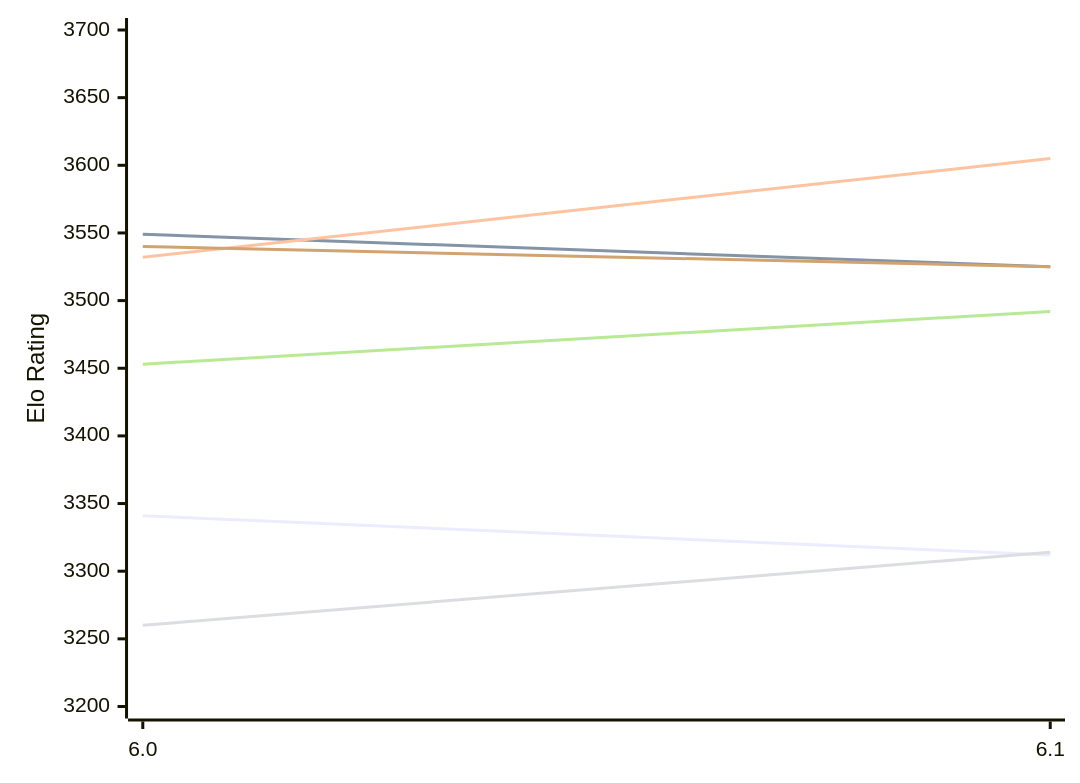
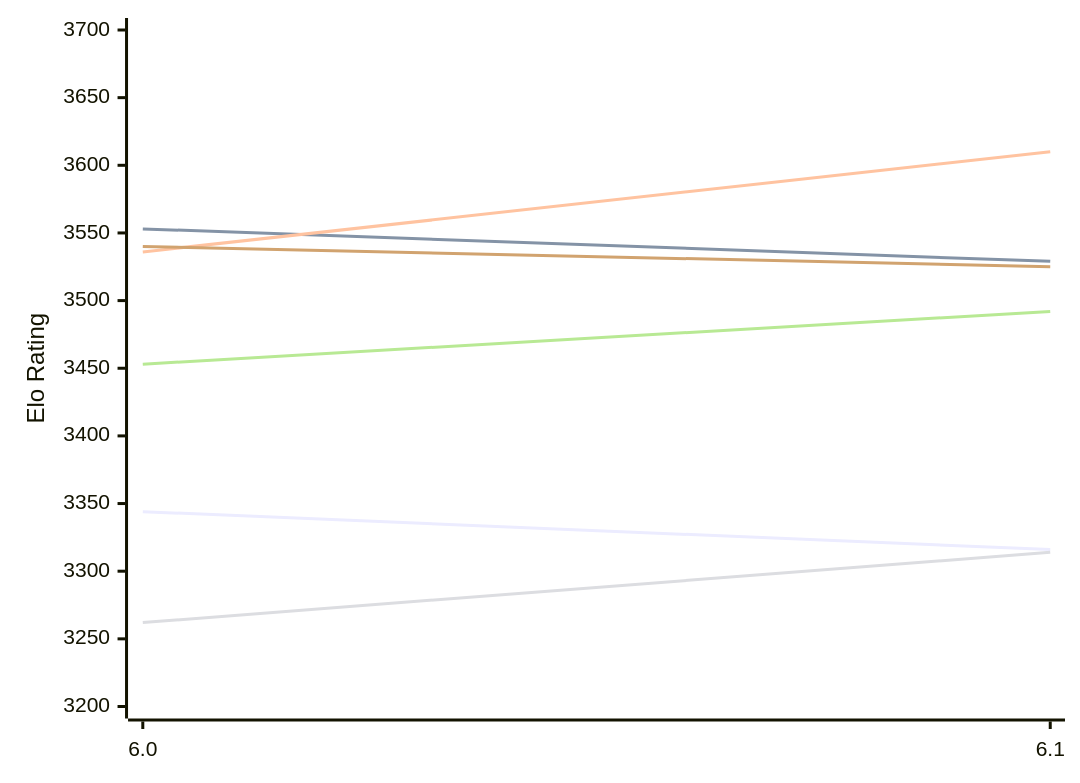
The first of 2 diagrams in engines/Starzix.md (computer-chess-index/cci), drawn with Mermaid before and after one commit. The commit also changed other lines of this file, not shown here.

Commit message:
Update CCI Ratings (ELO VLTC) - 2026-11-22

````diff
--- a/engines/Starzix.md
+++ b/engines/Starzix.md
@@ -51,12 +51,12 @@
 ```mermaid
 %%{init: {"theme":"base","themeVariables":{"seriesColors:['#a3a3a3','#222221','#faa371']}}}%%
 xychart-beta
   x-axis ["6.0", "6.1"]
   y-axis "Elo Rating" 3200 --> 3700
-  line "E1: STC (8.0+0.08s)" [3341, 3312]
-  line "E1: LTC (60.0+0.60s)" [3549, 3525]
-  line "E1: VLTC (2m24s+1.12s)" [3532, 3605]
-  line "P1: STC (8.0+0.08s)" [3260, 3314]
+  line "E1: STC (8.0+0.08s)" [3344, 3316]
+  line "E1: LTC (60.0+0.60s)" [3553, 3529]
+  line "E1: VLTC (2m24s+1.12s)" [3536, 3610]
+  line "P1: STC (8.0+0.08s)" [3262, 3314]
   line "P1: LTC (60.0+0.60s)" [3453, 3492]
   line "P1: VLTC (2m24s+1.12s)" [3540, 3525]
 ```
````
